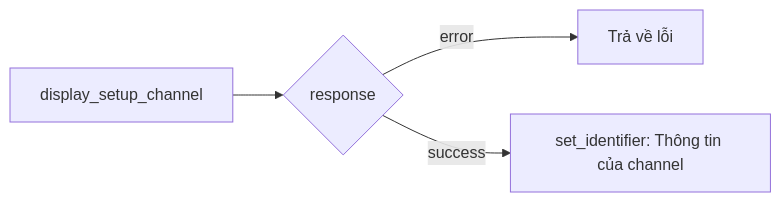
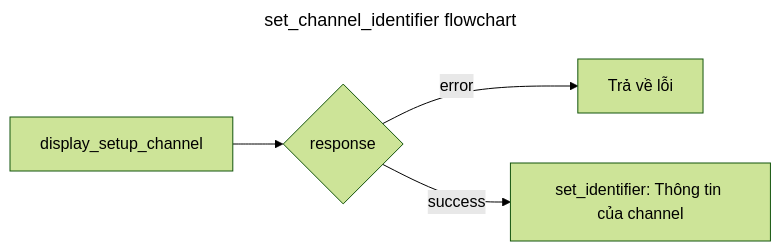
The second of 9 diagrams in pseudoAllFunction.md (WuzenLiz/markdown), drawn with Mermaid before and after one commit. The commit also changed other lines of this file, not shown here.

Commit message:
update graph pull

````diff
--- a/pseudoAllFunction.md
+++ b/pseudoAllFunction.md
@@ -31,6 +30,12 @@
-    ```mermaid 
-    flowchart LR
-    A[display_setup_channel] --> b{response}
-    b --> |error| c[Trả về lỗi]
-    b --> |success| d[set_identifier: Thông tin của channel]
-    ```
+```mermaid 
+---
+title: set_channel_identifier flowchart
+config: 
+    theme: forest
+    curve: basis
+---
+flowchart LR
+A[display_setup_channel] --> b{response}
+b --> |error| c[Trả về lỗi]
+b --> |success| d[set_identifier: Thông tin của channel]
+```
````
